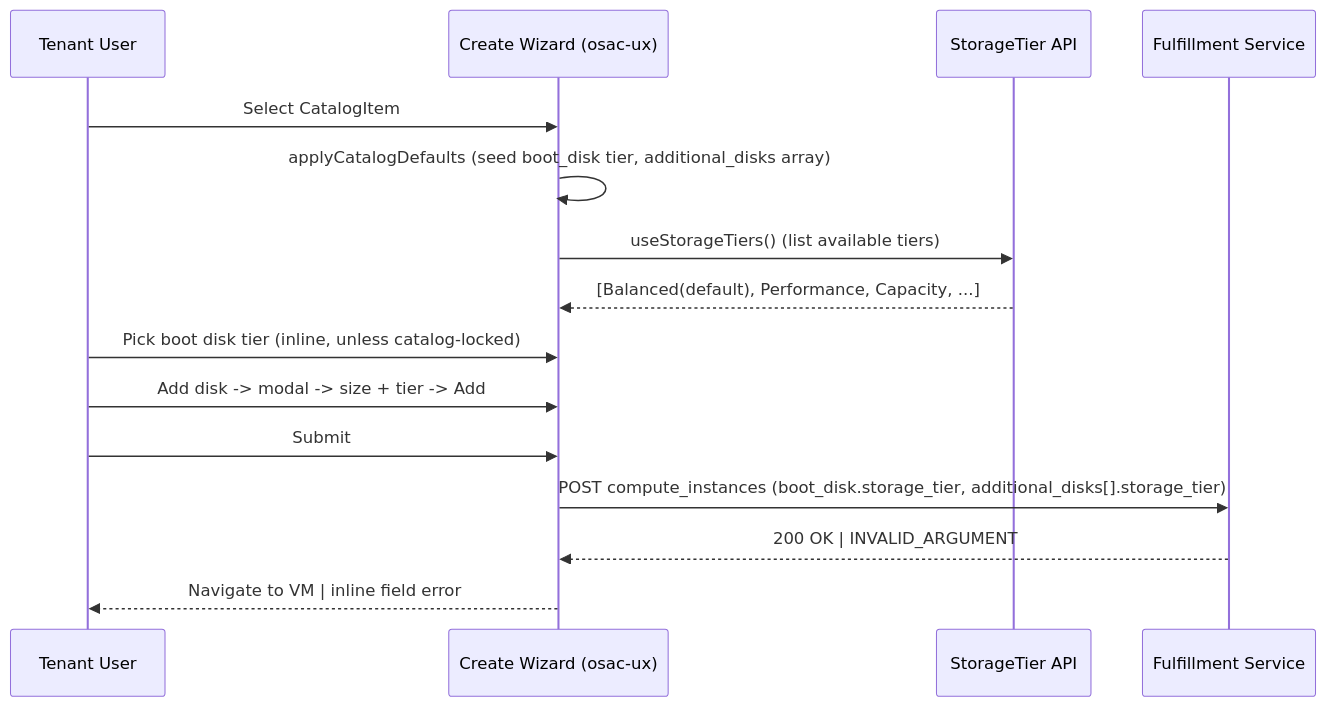
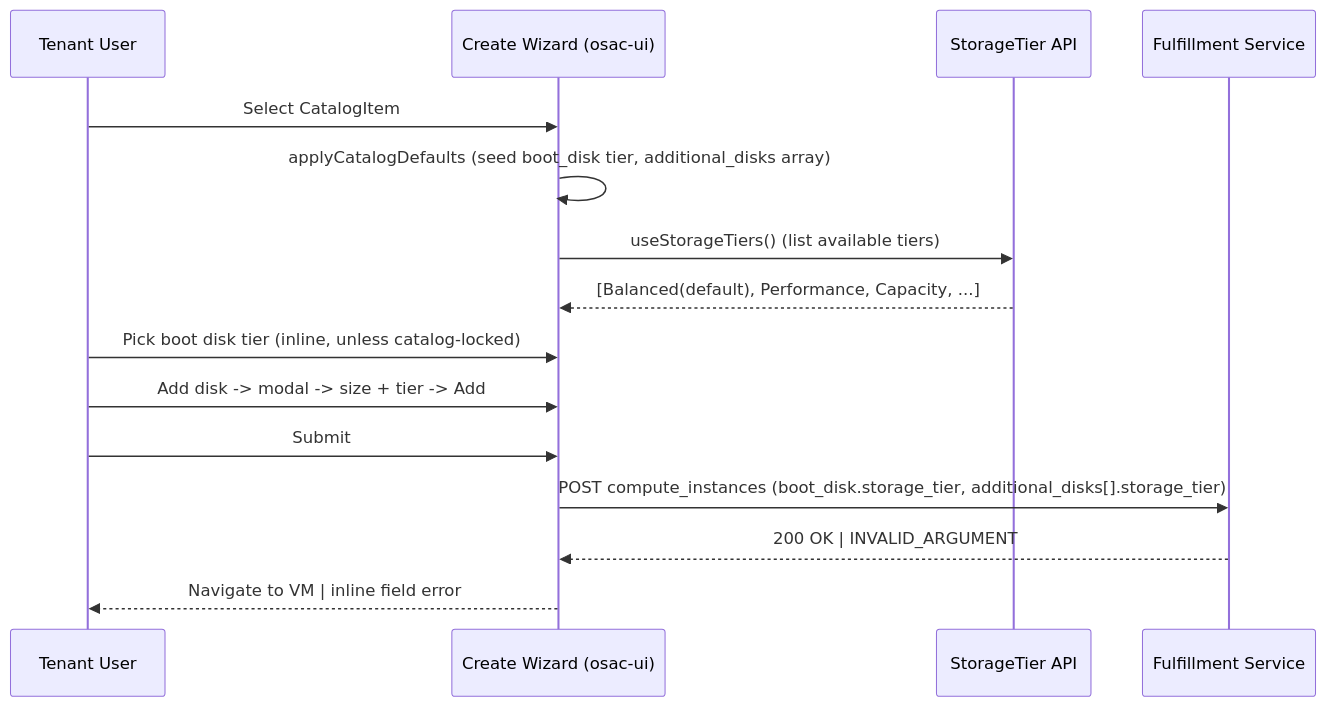
The diagram in enhancements/OSAC-1710-storage-tier-selection/ui-design.md (osac-project/enhancement-proposals), drawn with Mermaid before and after one commit. The commit also changed other lines of this file, not shown here.

Commit message:
Design OSAC-1710: rename osac-ux -> osac-ui per review

````diff
--- a/enhancements/OSAC-1710-storage-tier-selection/ui-design.md
+++ b/enhancements/OSAC-1710-storage-tier-selection/ui-design.md
@@ -142,18 +142,18 @@
 ```mermaid
 sequenceDiagram
     participant U as Tenant User
-    participant W as Create Wizard (osac-ux)
+    participant W as Create Wizard (osac-ui)
     participant ST as StorageTier API
     participant FS as Fulfillment Service
 
     U->>W: Select CatalogItem
     W->>W: applyCatalogDefaults (seed boot_disk tier, additional_disks array)
     W->>ST: useStorageTiers() (list available tiers)
     ST-->>W: [Balanced(default), Performance, Capacity, ...]
     U->>W: Pick boot disk tier (inline, unless catalog-locked)
     U->>W: Add disk -> modal -> size + tier -> Add
     U->>W: Submit
     W->>FS: POST compute_instances (boot_disk.storage_tier, additional_disks[].storage_tier)
     FS-->>W: 200 OK | INVALID_ARGUMENT
     W-->>U: Navigate to VM | inline field error
 ```
````
